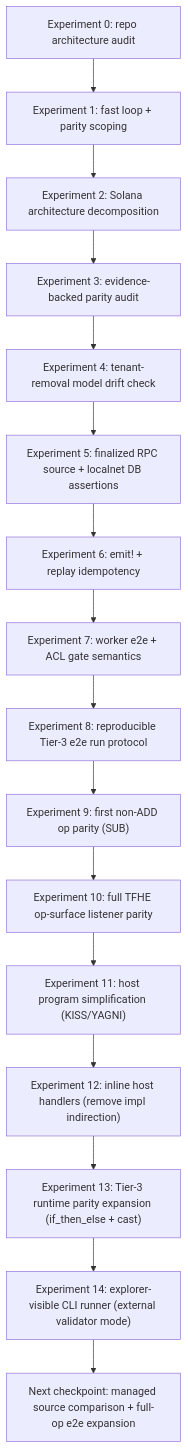
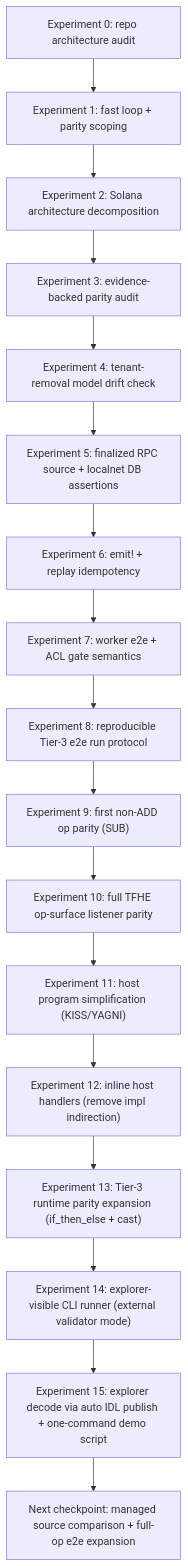
One commit to zama-ai/fhevm changed the diagram in docs/protocol/explorations/solana-host-listener/LEARNING.md. Above: the diagram before and after it, drawn with Mermaid. The commit also changed other lines of this file and 4 other files, not shown here.

Commit message:
solana poc: add one-command explorer demo and auto-idl publish flow

````diff
--- a/docs/protocol/explorations/solana-host-listener/LEARNING.md
+++ b/docs/protocol/explorations/solana-host-listener/LEARNING.md
@@ -16,18 +16,19 @@
 ```mermaid
 flowchart TD
   E0["Experiment 0: repo architecture audit"] --> E1["Experiment 1: fast loop + parity scoping"]
   E1 --> E2["Experiment 2: Solana architecture decomposition"]
   E2 --> E3["Experiment 3: evidence-backed parity audit"]
   E3 --> E4["Experiment 4: tenant-removal model drift check"]
   E4 --> E5["Experiment 5: finalized RPC source + localnet DB assertions"]
   E5 --> E6["Experiment 6: emit! + replay idempotency"]
   E6 --> E7["Experiment 7: worker e2e + ACL gate semantics"]
   E7 --> E8["Experiment 8: reproducible Tier-3 e2e run protocol"]
   E8 --> E9["Experiment 9: first non-ADD op parity (SUB)"]
   E9 --> E10["Experiment 10: full TFHE op-surface listener parity"]
   E10 --> E11["Experiment 11: host program simplification (KISS/YAGNI)"]
   E11 --> E12["Experiment 12: inline host handlers (remove impl indirection)"]
   E12 --> E13["Experiment 13: Tier-3 runtime parity expansion (if_then_else + cast)"]
   E13 --> E14["Experiment 14: explorer-visible CLI runner (external validator mode)"]
-  E14 --> NX["Next checkpoint: managed source comparison + full-op e2e expansion"]
+  E14 --> E15["Experiment 15: explorer decode via auto IDL publish + one-command demo script"]
+  E15 --> NX["Next checkpoint: managed source comparison + full-op e2e expansion"]
 ```
````
